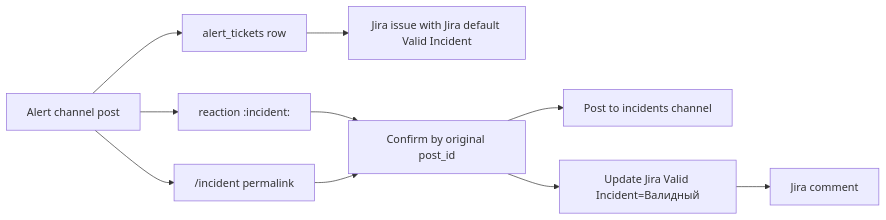
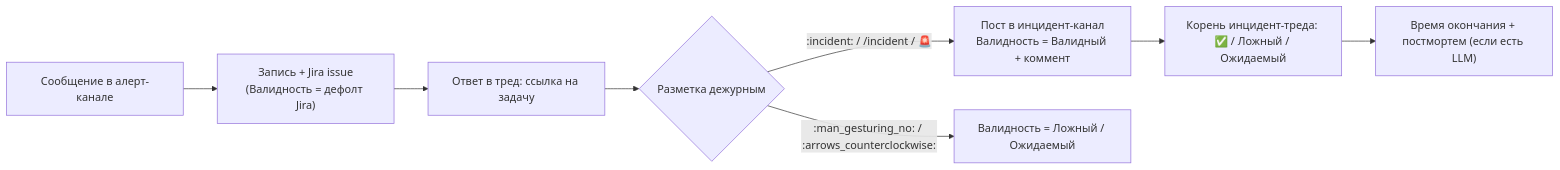
The diagram in README.md (nytera/jira-mattermost), drawn with Mermaid before and after one commit. The commit also changed other lines of this file and 13 other files, not shown here.

````diff
--- a/README.md
+++ b/README.md
@@ -25,12 +30,10 @@
 ```mermaid
 flowchart LR
-  A["Alert channel post"] --> B["alert_tickets row"]
-  B --> C["Jira issue with Jira default Valid Incident"]
-  A --> D["reaction :incident:"]
-  A --> E["/incident permalink"]
-  D --> F["Confirm by original post_id"]
-  E --> F
-  F --> G["Post to incidents channel"]
-  F --> H["Update Jira Valid Incident=Валидный"]
-  H --> I["Jira comment"]
+  A["Сообщение в алерт-канале"] --> B["Запись + Jira issue<br/>(Валидность = дефолт Jira)"]
+  B --> C["Ответ в тред: ссылка на задачу"]
+  C --> D{"Разметка дежурным"}
+  D -->|":incident: / /incident / 🚨"| E["Пост в инцидент-канал<br/>Валидность = Валидный + коммент"]
+  D -->|":man_gesturing_no: / :arrows_counterclockwise:"| F["Валидность = Ложный / Ожидаемый"]
+  E --> G["Корень инцидент-треда: ✅ / Ложный / Ожидаемый"]
+  G --> H["Время окончания + постмортем (если есть LLM)"]
 ```
````
